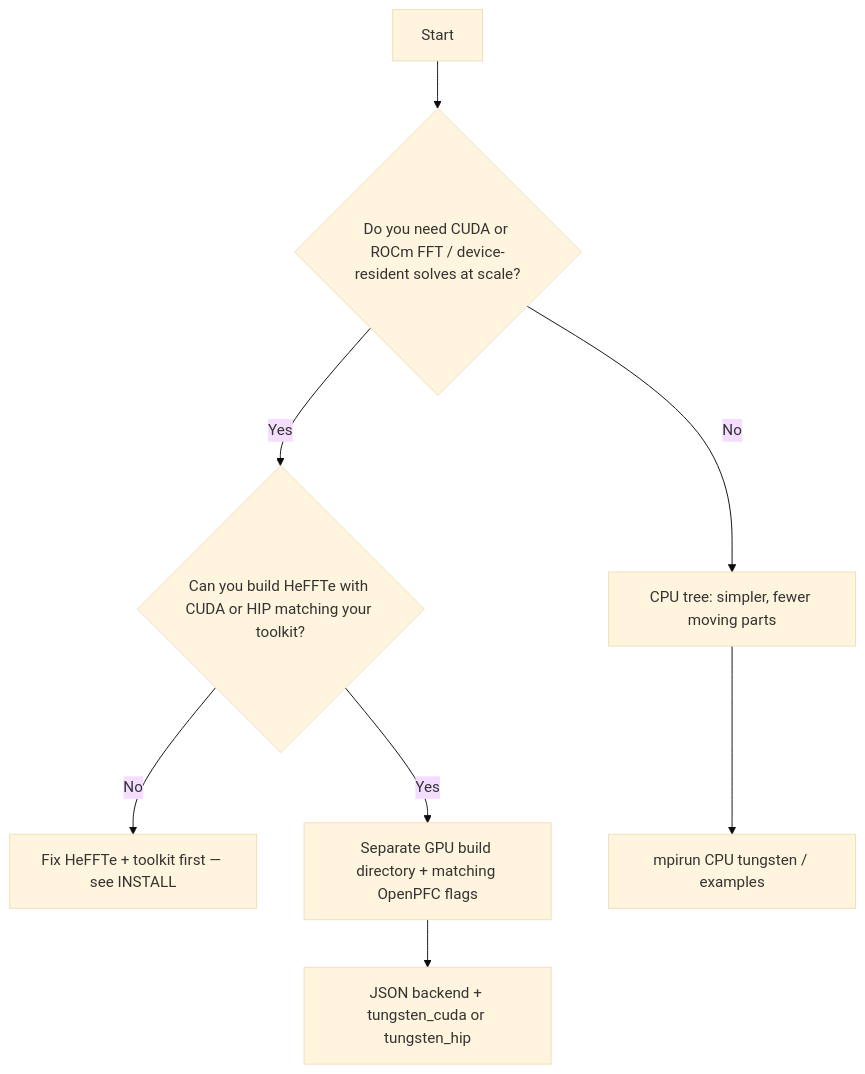
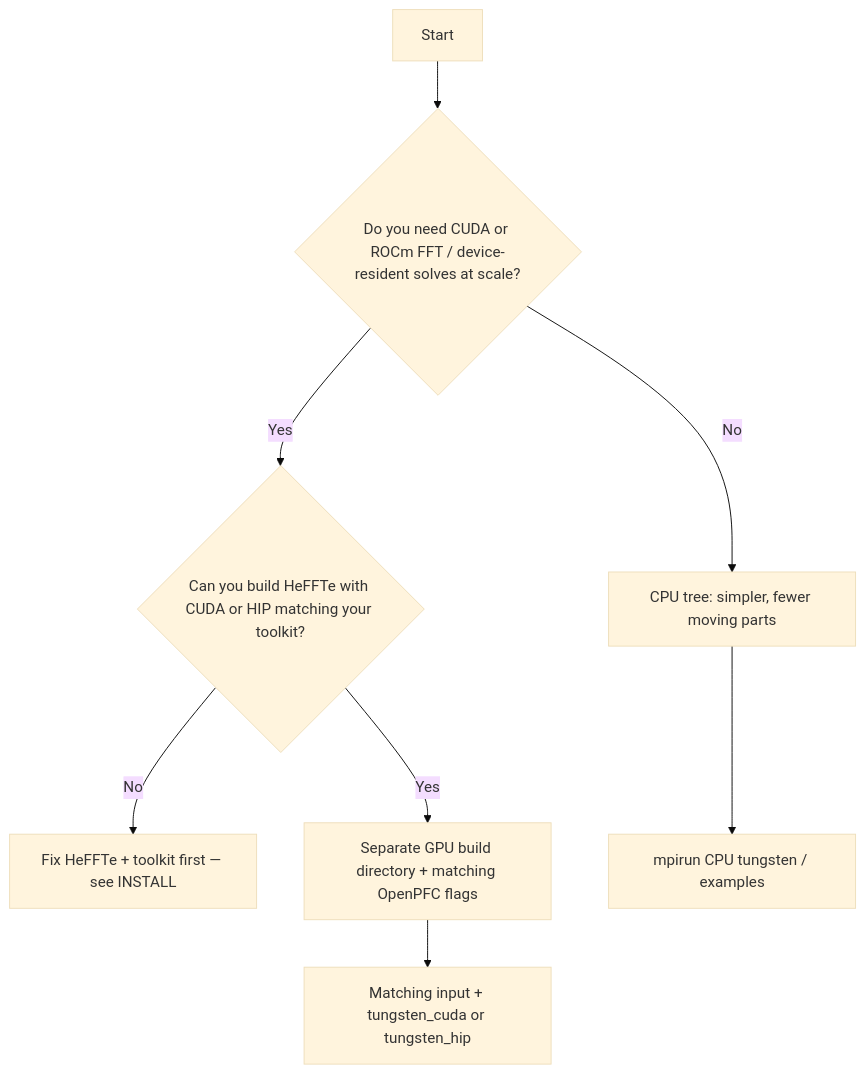
One commit to VTT-ProperTune/OpenPFC changed the diagram in docs/hpc/gpu_path_decision.md. Above: the diagram before and after it, drawn with Mermaid (base theme). The commit also changed other lines of this file and 15 other files, not shown here.

````diff
--- a/docs/hpc/gpu_path_decision.md
+++ b/docs/hpc/gpu_path_decision.md
@@ -12,10 +12,10 @@
 ```mermaid
 flowchart TD
   A[Start] --> B{Do you need CUDA or ROCm FFT / device-resident solves at scale?}
   B -->|No| C[CPU tree: simpler, fewer moving parts]
   B -->|Yes| D{Can you build HeFFTe with CUDA or HIP matching your toolkit?}
   D -->|No| E[Fix HeFFTe + toolkit first — see INSTALL]
   D -->|Yes| F[Separate GPU build directory + matching OpenPFC flags]
   C --> G[mpirun CPU tungsten / examples]
-  F --> H[JSON backend + tungsten_cuda or tungsten_hip]
+  F --> H[Matching input + tungsten_cuda or tungsten_hip]
 ```
````
